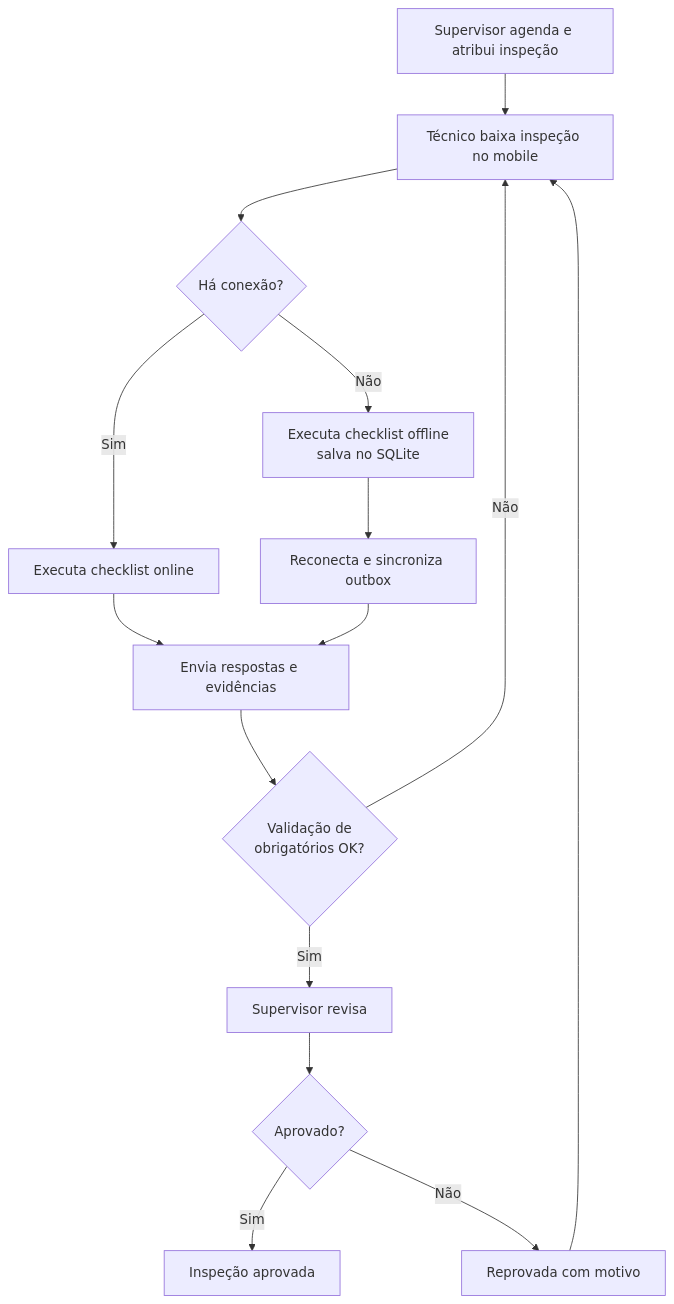
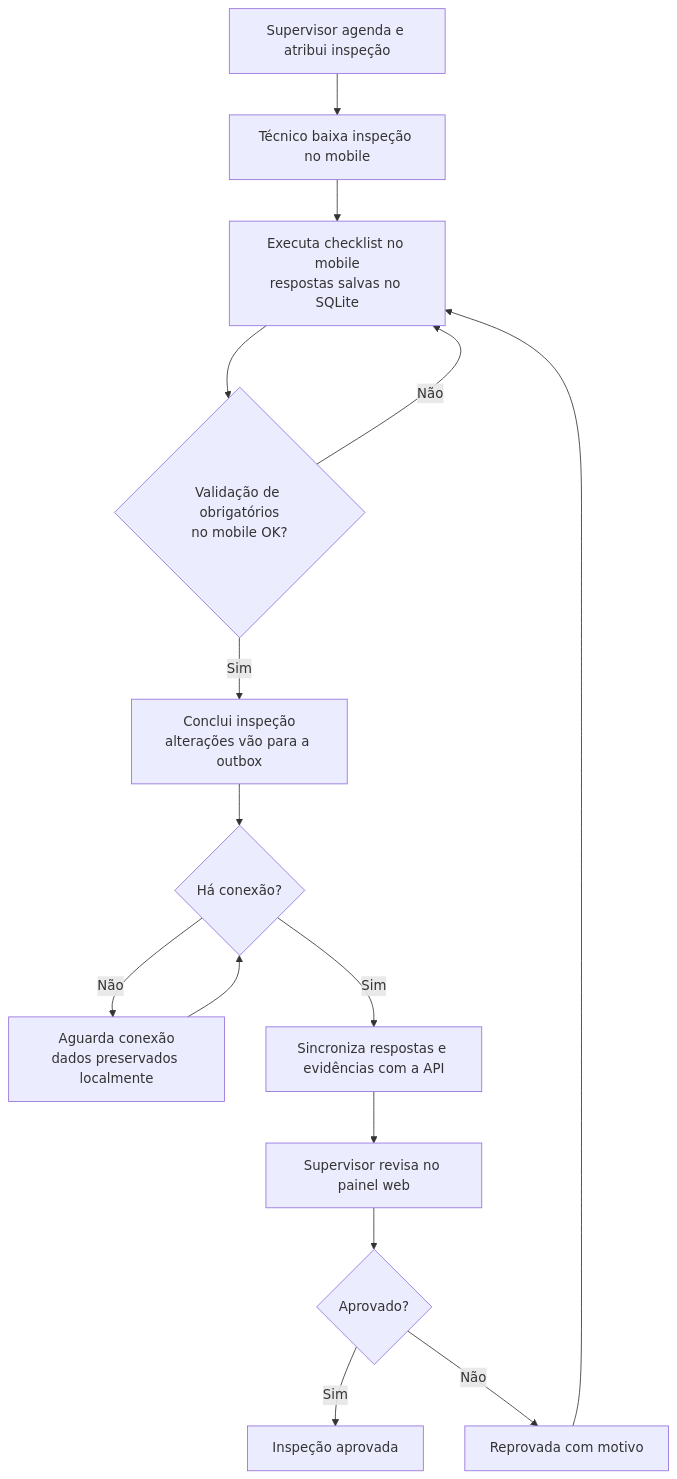
Before and after one commit to NataliaNogueira1/ADS_GestaoProjetos: the second of 6 diagrams in Presencial/Aula 05 - 04.08.2025/aula05-analise-qualidade.md, drawn with Mermaid. The commit also changed other lines of this file, not shown here.

````diff
--- a/Presencial/Aula 05 - 04.08.2025/aula05-analise-qualidade.md
+++ b/Presencial/Aula 05 - 04.08.2025/aula05-analise-qualidade.md
@@ -64,17 +64,17 @@
 ```mermaid
 flowchart TD
     A[Supervisor agenda e atribui inspeção] --> B[Técnico baixa inspeção no mobile]
-    B --> C{Há conexão?}
-    C -->|Não| D[Executa checklist offline<br/>salva no SQLite]
-    C -->|Sim| E[Executa checklist online]
-    D --> F[Reconecta e sincroniza outbox]
-    E --> G[Envia respostas e evidências]
-    F --> G
-    G --> H{Validação de<br/>obrigatórios OK?}
-    H -->|Não| B
-    H -->|Sim| I[Supervisor revisa]
+    B --> C[Executa checklist no mobile<br/>respostas salvas no SQLite]
+    C --> H{Validação de obrigatórios<br/>no mobile OK?}
+    H -->|Não| C
+    H -->|Sim| D[Conclui inspeção<br/>alterações vão para a outbox]
+    D --> E{Há conexão?}
+    E -->|Não| F[Aguarda conexão<br/>dados preservados localmente]
+    F --> E
+    E -->|Sim| G[Sincroniza respostas e evidências com a API]
+    G --> I[Supervisor revisa no painel web]
     I --> J{Aprovado?}
     J -->|Sim| K[Inspeção aprovada]
     J -->|Não| L[Reprovada com motivo]
-    L --> B
+    L --> C
 ```
````
